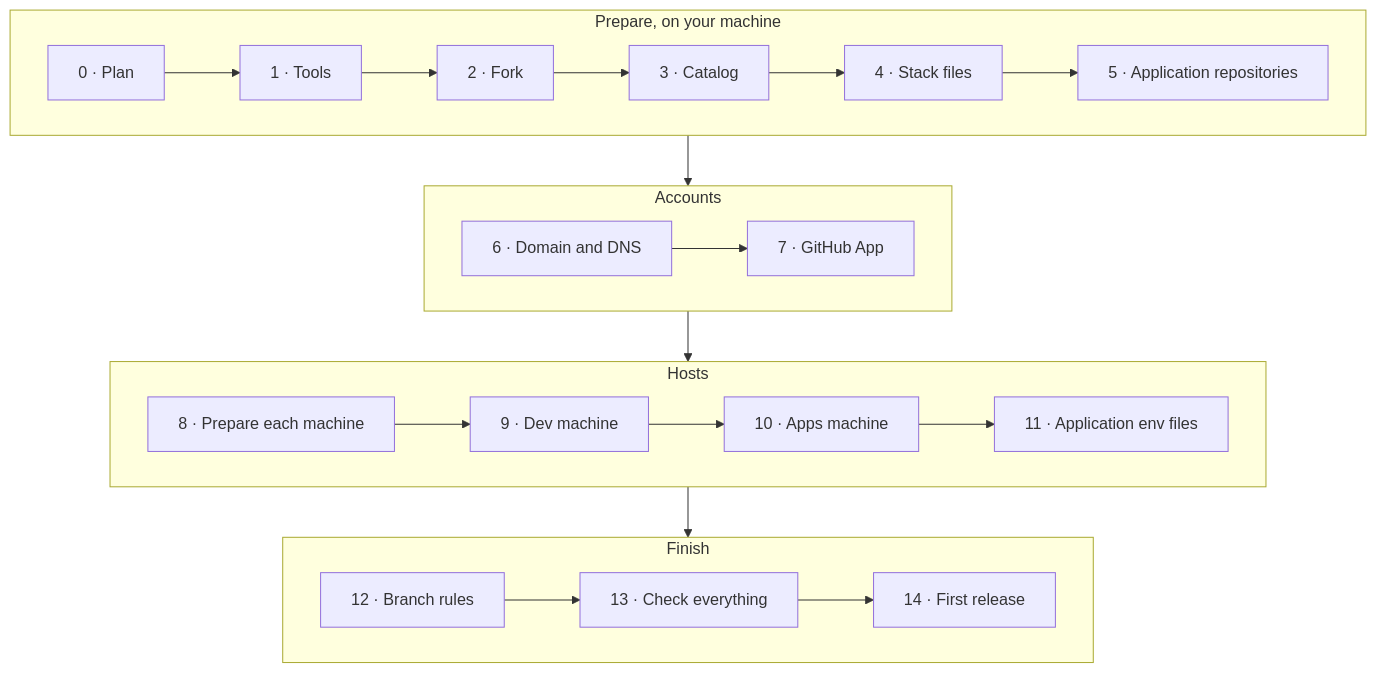
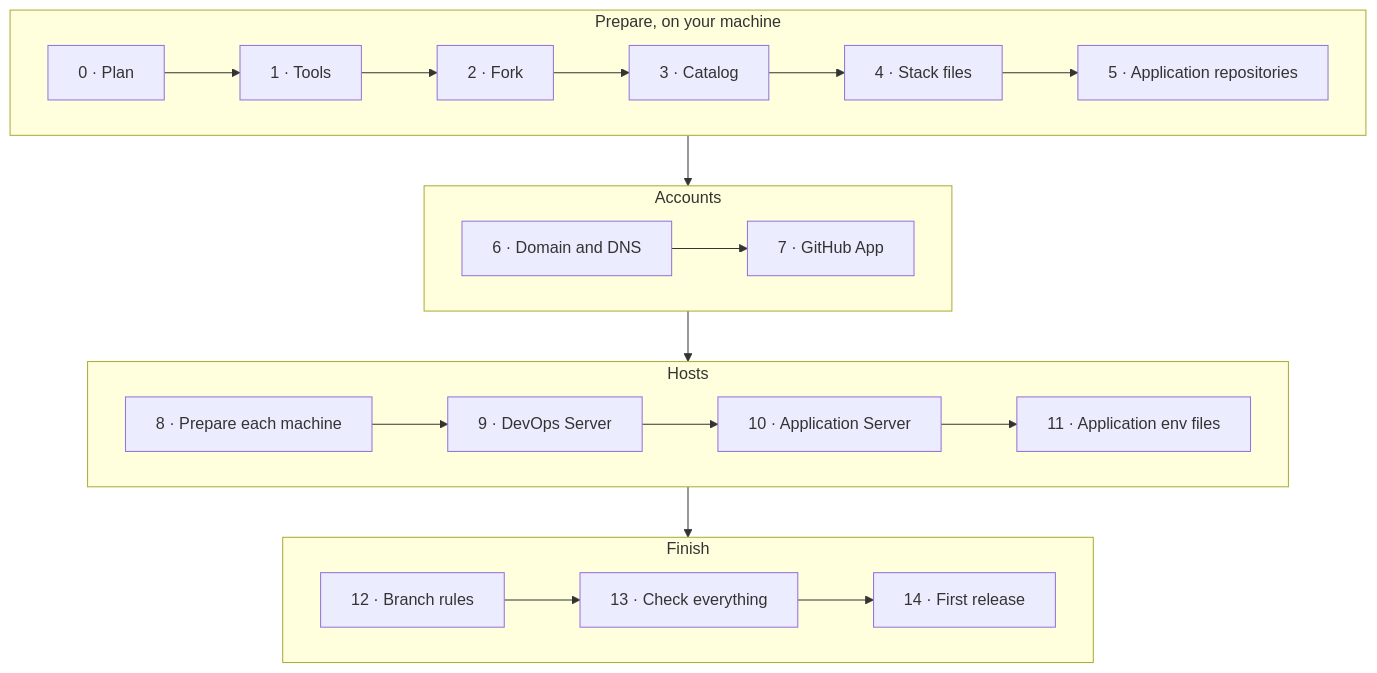
Before and after one commit to artur-rios/yggdrasil: the diagram in docs/setup.md, drawn with Mermaid. The commit also changed other lines of this file and 18 other files, not shown here.

````diff
--- a/docs/setup.md
+++ b/docs/setup.md
@@ -13,16 +13,16 @@
 ```mermaid
 flowchart TB
     subgraph prepare [Prepare, on your machine]
         S0[0 · Plan] --> S1[1 · Tools] --> S2[2 · Fork] --> S3[3 · Catalog] --> S4[4 · Stack files] --> S5[5 · Application repositories]
     end
     subgraph accounts [Accounts]
         S6[6 · Domain and DNS] --> S7[7 · GitHub App]
     end
     subgraph hosts [Hosts]
-        S8[8 · Prepare each machine] --> S9[9 · Dev machine] --> S10[10 · Apps machine] --> S11[11 · Application env files]
+        S8[8 · Prepare each machine] --> S9[9 · DevOps Server] --> S10[10 · Application Server] --> S11[11 · Application env files]
     end
     subgraph finish [Finish]
         S12[12 · Branch rules] --> S13[13 · Check everything] --> S14[14 · First release]
     end
     prepare --> accounts --> hosts --> finish
 ```
````
